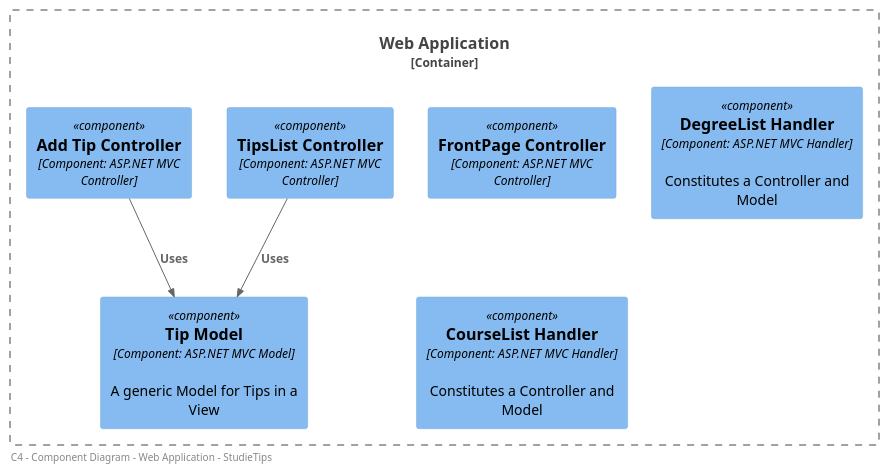
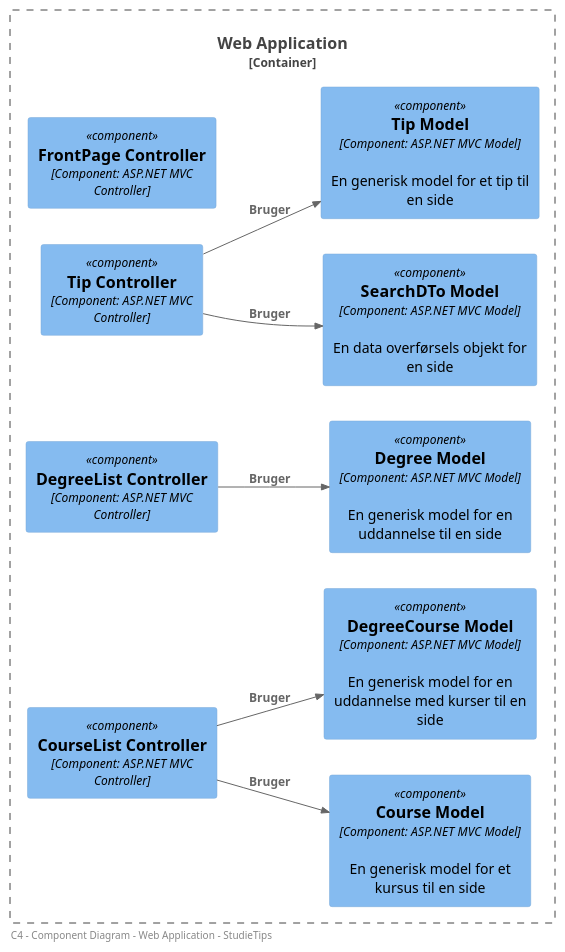
Before and after one commit to I4PRJ4/I4PRJ4-plantuml: the diagram in plantuml/C4/C4-Level3/Component-WebApplication.puml, drawn with PlantUML. The commit also changed 68 other files, not shown here.

```diff
--- a/plantuml/C4/C4-Level3/Component-WebApplication.puml
+++ b/plantuml/C4/C4-Level3/Component-WebApplication.puml
@@ -1,20 +1,29 @@
 @startuml Component Diagram WebApp
 !include <C4/C4_Container>
 !include <C4/C4_Component>
+
+left to right direction
 
 left footer "   C4 - Component Diagram - Web Application - StudieTips"
 
 Container_Boundary(webapp,"Web Application",""){
     
     Component(FrontPageController, "FrontPage Controller", "Component: ASP.NET MVC Controller")
-    Component(TipListController, "TipsList Controller", "Component: ASP.NET MVC Controller")
-    Component(AddTipController, "Add Tip Controller", "Component: ASP.NET MVC Controller")
-    Component(Handlers2, "DegreeList Handler", "Component: ASP.NET MVC Handler","Constitutes a Controller and Model")
-    Component(Handlers3, "CourseList Handler", "Component: ASP.NET MVC Handler","Constitutes a Controller and Model")
+    Component(TipController, "Tip Controller", "Component: ASP.NET MVC Controller")
+    Component(DegreeController, "DegreeList Controller", "Component: ASP.NET MVC Controller")
+    Component(CourseController, "CourseList Controller", "Component: ASP.NET MVC Controller")
     
-    Component(TipModel,"Tip Model", "Component: ASP.NET MVC Model","A generic Model for Tips in a View")
+    Component(CourseModel,"Course Model", "Component: ASP.NET MVC Model","En generisk model for et kursus til en side")
+    Component(SearchModel,"SearchDTo Model", "Component: ASP.NET MVC Model","En data overførsels objekt for en side")
+    Component(DegreeModel,"Degree Model", "Component: ASP.NET MVC Model","En generisk model for en uddannelse til en side")
+    Component(DegreeCourseModel,"DegreeCourse Model", "Component: ASP.NET MVC Model","En generisk model for en uddannelse med kurser til en side")
+
+    Component(TipModel,"Tip Model", "Component: ASP.NET MVC Model","En generisk model for et tip til en side")
 } 
 
-Rel(TipListController,TipModel,"Uses")
-Rel(AddTipController,TipModel,"Uses")
+Rel(TipController,TipModel,"Bruger")
+Rel(TipController,SearchModel,"Bruger")
+Rel(CourseController,CourseModel,"Bruger")
+Rel(CourseController,DegreeCourseModel,"Bruger")
+Rel(DegreeController,DegreeModel,"Bruger")
 @enduml
```
